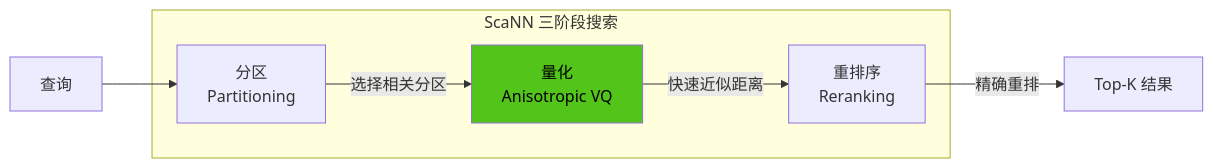
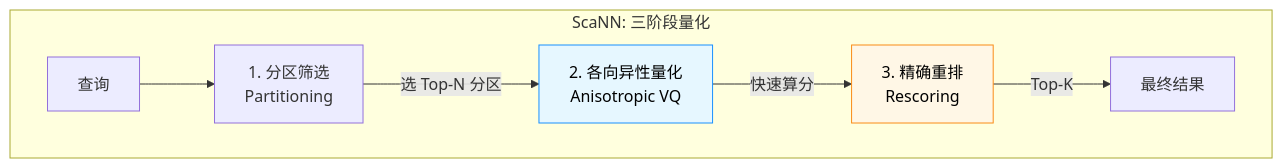
Diagram 18 of 36 in docs/research/003-vector-search-algorithm.md (ThreeFish-AI/agentic-ai-cognizes), drawn with Mermaid before and after one commit. The commit also changed other lines of this file, not shown here.

First line of the commit message:
docs(Research): 优化 ScaNN 章节的叙述与可视化;

````diff
--- a/docs/research/003-vector-search-algorithm.md
+++ b/docs/research/003-vector-search-algorithm.md
@@ -1439,15 +1429,13 @@
 ```mermaid
 graph LR
-    subgraph "ScaNN 三阶段搜索"
-        P[分区<br/>Partitioning]
-        Q[量化<br/>Anisotropic VQ]
-        R[重排序<br/>Reranking]
+    subgraph "ScaNN: 三阶段量化"
+        direction LR
+        Query[查询] --> P[1. 分区筛选<br/>Partitioning]
+        P --> |"选 Top-N 分区"| Q[2. 各向异性量化<br/>Anisotropic VQ]
+        Q --> |"快速算分"| R[3. 精确重排<br/>Rescoring]
+        R --> |"Top-K"| Result[最终结果]
     end
 
-    Query[查询] --> P
-    P --> |"选择相关分区"| Q
-    Q --> |"快速近似距离"| R
-    R --> |"精确重排"| Result[Top-K 结果]
-
-    style Q fill:#52c41a,color:#000000
+    style Q fill:#e6f7ff,stroke:#1890ff,color:#000
+    style R fill:#fff7e6,stroke:#fa8c16,color:#000
 ```
````
